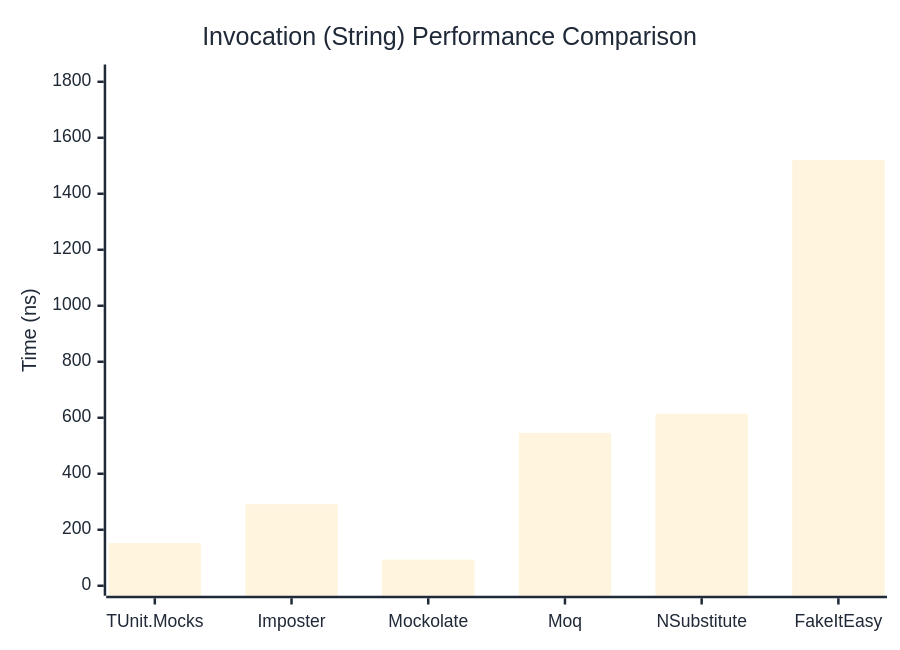
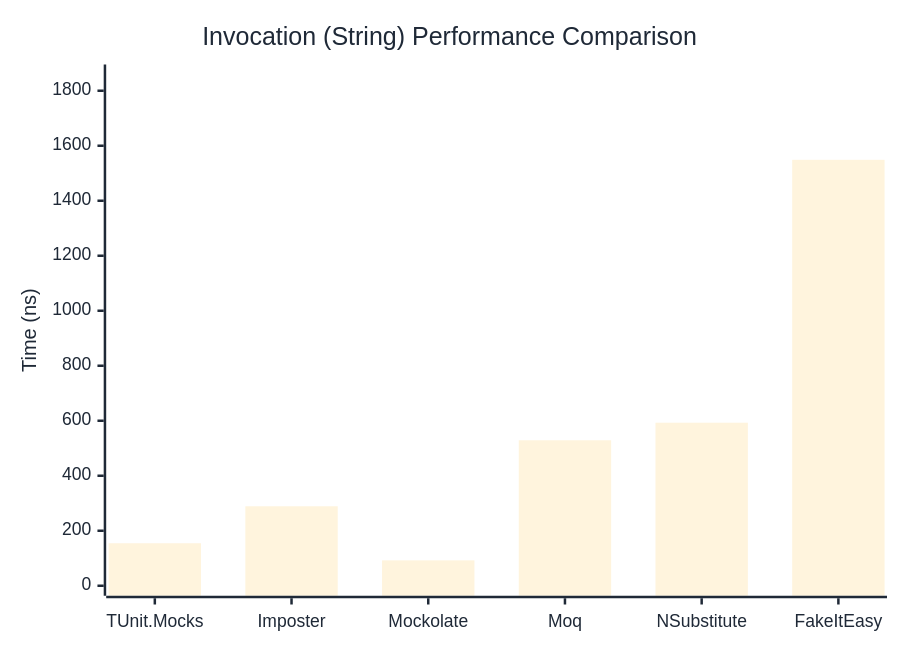
One commit to thomhurst/TUnit changed the second of 3 diagrams in docs/docs/benchmarks/mocks/Invocation.md. Above: the diagram before and after it, drawn with Mermaid. The commit also changed other lines of this file and 14 other files, not shown here.

````diff
--- a/docs/docs/benchmarks/mocks/Invocation.md
+++ b/docs/docs/benchmarks/mocks/Invocation.md
@@ -69,27 +69,27 @@
 ```mermaid
 %%{init: {
   'theme':'base',
   'themeVariables': {
     'primaryColor': '#2563eb',
     'primaryTextColor': '#1f2937',
     'primaryBorderColor': '#1e40af',
     'lineColor': '#6b7280',
     'secondaryColor': '#7c3aed',
     'tertiaryColor': '#dc2626',
     'background': '#ffffff',
     'pie1': '#2563eb',
     'pie2': '#7c3aed',
     'pie3': '#dc2626',
     'pie4': '#f59e0b',
     'pie5': '#10b981',
     'pie6': '#06b6d4',
     'pie7': '#ec4899',
     'pie8': '#6366f1'
   }
 }}%%
 xychart-beta
   title "Invocation (String) Performance Comparison"
   x-axis ["TUnit.Mocks", "Imposter", "Mockolate", "Moq", "NSubstitute", "FakeItEasy"]
-  y-axis "Time (ns)" 0 --> 1826
-  bar [152.16, 291.6, 93.12, 546.32, 614.45, 1520.86]
+  y-axis "Time (ns)" 0 --> 1859
+  bar [154.58, 288.96, 92.27, 529.01, 592.89, 1548.8]
 ```
````
